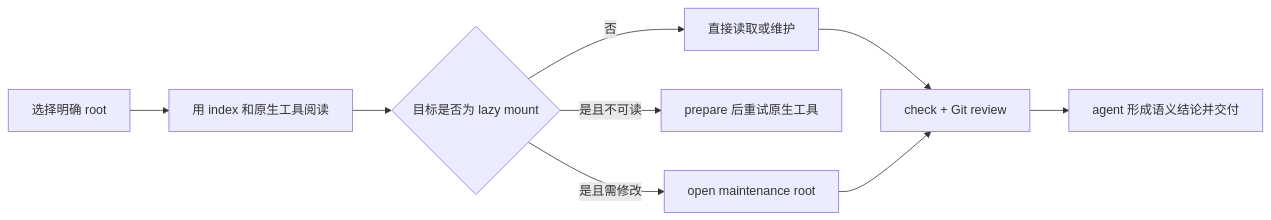
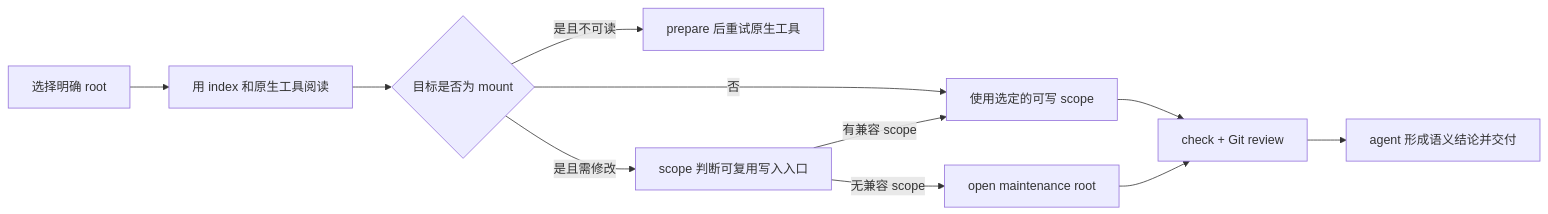
Before and after one commit to Viennan/doctidex: the diagram in impls/docs/doctidex-git/architecture/workflows.md, drawn with Mermaid. The commit also changed other lines of this file and 44 other files, not shown here.

````diff
--- a/impls/docs/doctidex-git/architecture/workflows.md
+++ b/impls/docs/doctidex-git/architecture/workflows.md
@@ -232,11 +262,13 @@
 ```mermaid
 flowchart LR
     A[选择明确 root] --> B[用 index 和原生工具阅读]
-    B --> C{目标是否为 lazy mount}
-    C -->|否| D[直接读取或维护]
+    B --> C{目标是否为 mount}
+    C -->|否| D[使用选定的可写 scope]
     C -->|是且不可读| E[prepare 后重试原生工具]
-    C -->|是且需修改| F[open maintenance root]
+    C -->|是且需修改| F[scope 判断可复用写入入口]
+    F -->|有兼容 scope| D
+    F -->|无兼容 scope| I[open maintenance root]
     D --> G[check + Git review]
-    F --> G
+    I --> G
     G --> H[agent 形成语义结论并交付]
 ```
````
